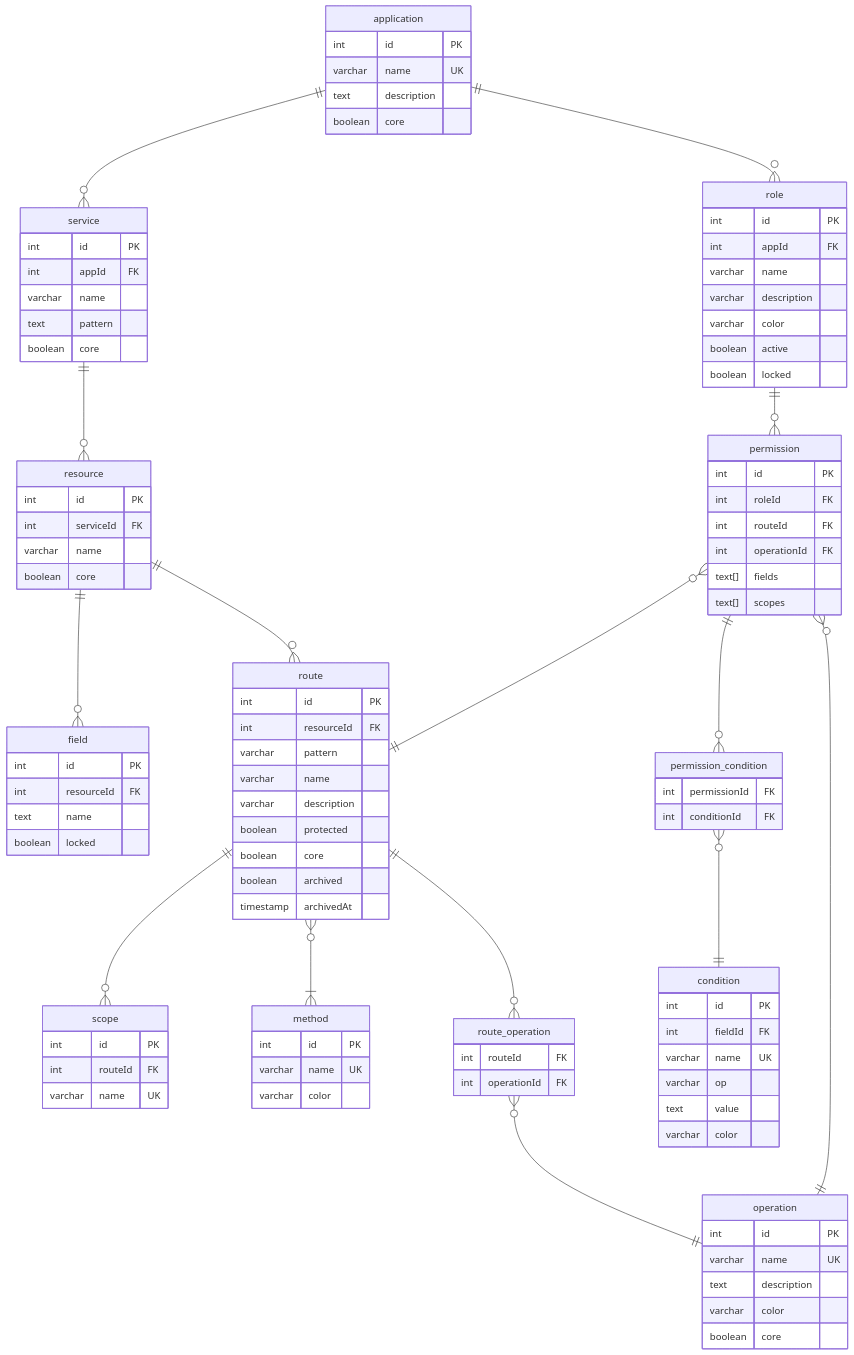
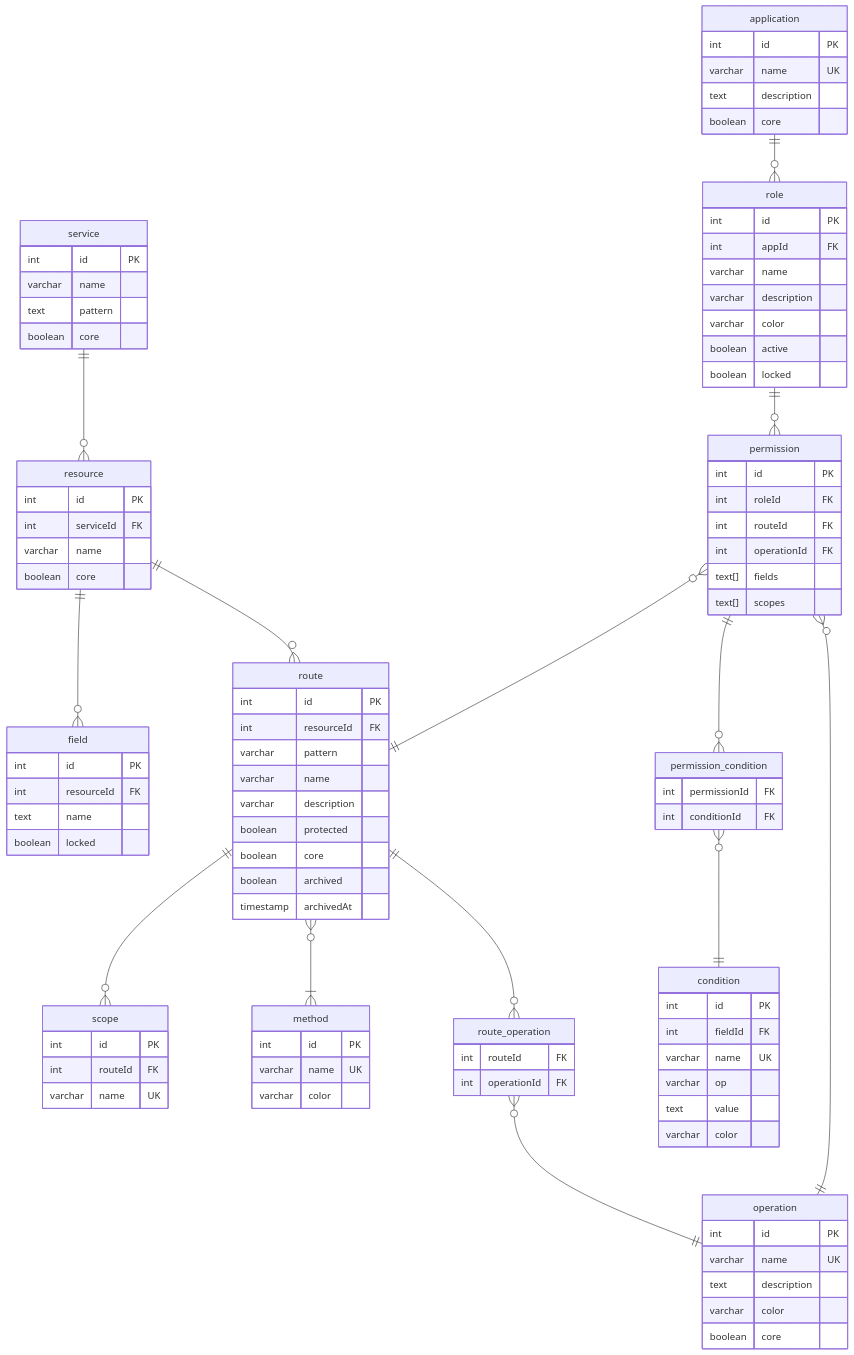
One commit to ALTEN-group/Gatelin changed the first of 2 diagrams in doc/erd.md. Above: the diagram before and after it, drawn with Mermaid. The commit also changed 21 other files, not shown here.

````diff
--- a/doc/erd.md
+++ b/doc/erd.md
@@ -4,7 +4,6 @@
 ```mermaid
 erDiagram
 
-  application ||--o{ service : ""
   application ||--o{ role : ""
   service ||--o{ resource : ""
   role ||--o{ permission : ""
@@ -66,7 +65,6 @@
 
   service {
     int id PK
-    int appId FK
     varchar name
     text pattern
     boolean core
````
